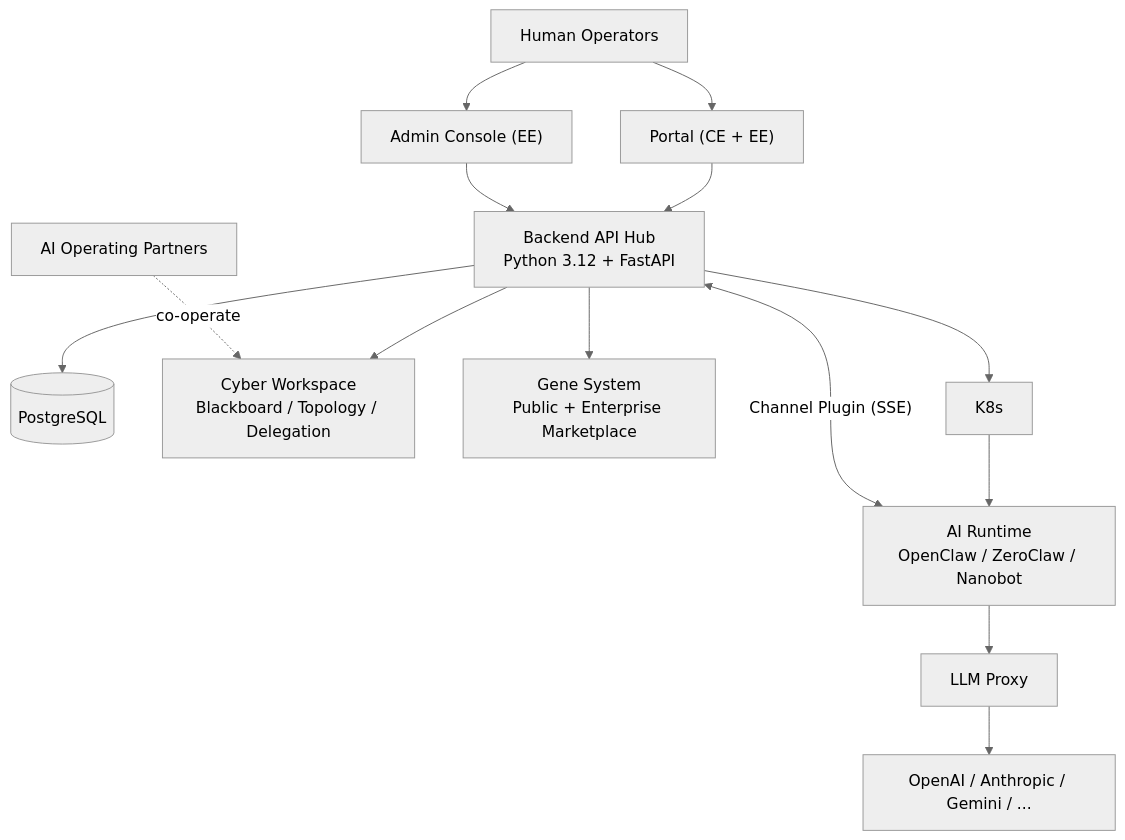
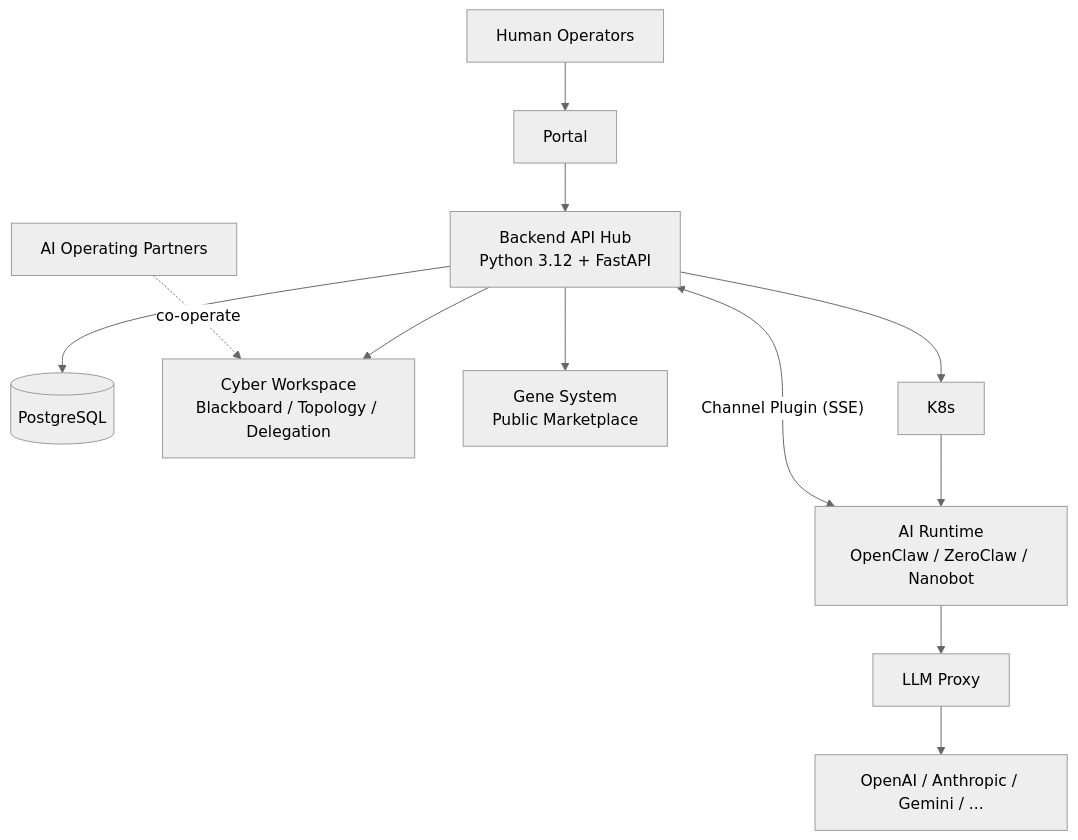
Before and after one commit to fengqiliang93/nodeskclaw: the diagram in README.md, drawn with Mermaid (neutral theme). The commit also changed other lines of this file and 1 other file, not shown here.

````diff
--- a/README.md
+++ b/README.md
@@ -58,18 +42,16 @@
 ```mermaid
 graph TD
-    Human["Human Operators"] --> Portal["Portal (CE + EE)"]
-    Human --> AdminUI["Admin Console (EE)"]
+    Human["Human Operators"] --> Portal["Portal"]
     Portal --> API["Backend API Hub<br>Python 3.12 + FastAPI"]
-    AdminUI --> API
 
     API --> DB[(PostgreSQL)]
     API --> CW["Cyber Workspace<br>Blackboard / Topology / Delegation"]
-    API --> Gene["Gene System<br>Public + Enterprise Marketplace"]
+    API --> Gene["Gene System<br>Public Marketplace"]
     API --> Compute["K8s"]
 
     Compute --> Runtime["AI Runtime<br>OpenClaw / ZeroClaw / Nanobot"]
     Runtime <-->|"Channel Plugin (SSE)"| API
     Runtime --> LLM["LLM Proxy"] --> Providers["OpenAI / Anthropic / Gemini / ..."]
 
     AIPartners["AI Operating Partners"] -.->|"co-operate"| CW
 ```
````
